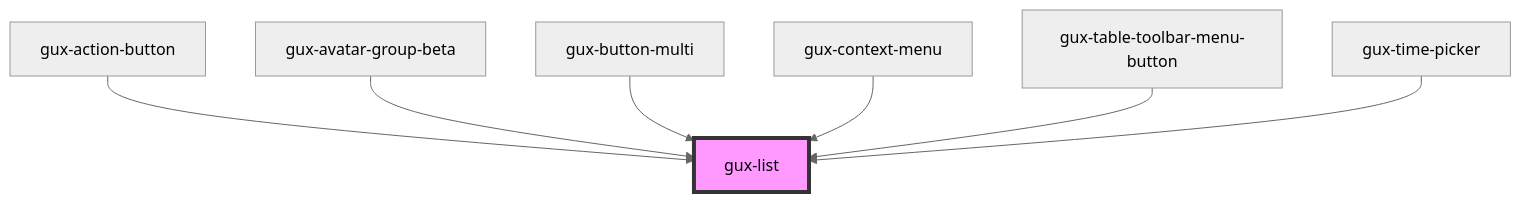
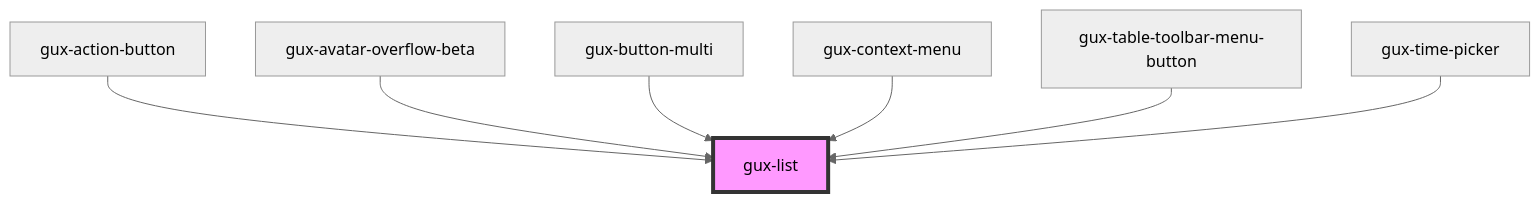
Before and after one commit to MyPureCloud/genesys-spark: the diagram in packages/genesys-spark-components/src/components/stable/gux-list/readme.md, drawn with Mermaid (neutral theme). The commit also changed other lines of this file and 33 other files, not shown here.

Commit message:
chore(avatar-group): add translation

````diff
--- a/packages/genesys-spark-components/src/components/stable/gux-list/readme.md
+++ b/packages/genesys-spark-components/src/components/stable/gux-list/readme.md
@@ -73,10 +73,10 @@
 ```mermaid
 graph TD;
   gux-action-button --> gux-list
-  gux-avatar-group-beta --> gux-list
+  gux-avatar-overflow-beta --> gux-list
   gux-button-multi --> gux-list
   gux-context-menu --> gux-list
   gux-table-toolbar-menu-button --> gux-list
   gux-time-picker --> gux-list
   style gux-list fill:#f9f,stroke:#333,stroke-width:4px
 ```
````
